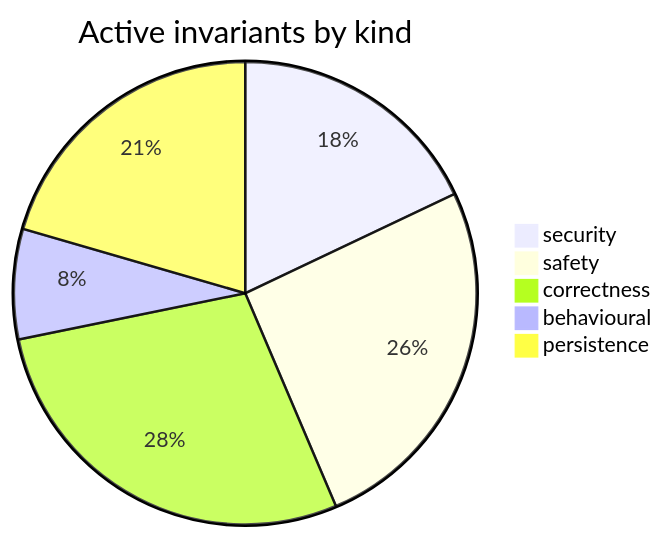
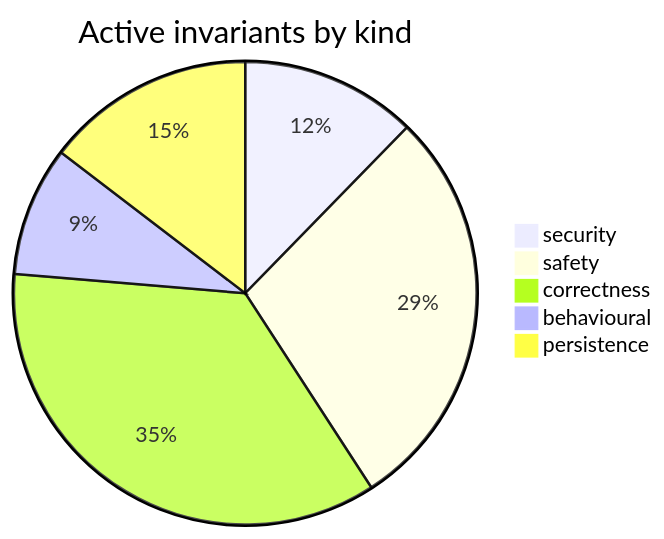
The diagram in docs/requirements-map.md (Lbstrydom/claude-engineering-skills), drawn with Mermaid before and after one commit. The commit also changed other lines of this file and 1 other file, not shown here.

````diff
--- a/docs/requirements-map.md
+++ b/docs/requirements-map.md
@@ -7,8 +7,8 @@
 ```mermaid
 pie title Active invariants by kind
-  "security" : 7
-  "safety" : 10
-  "correctness" : 11
-  "behavioural" : 3
-  "persistence" : 8
+  "security" : 53
+  "safety" : 123
+  "correctness" : 153
+  "behavioural" : 39
+  "persistence" : 63
 ```
````
